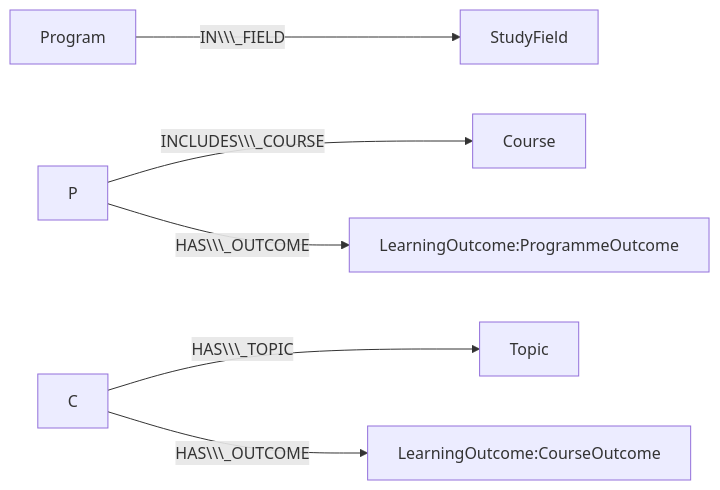
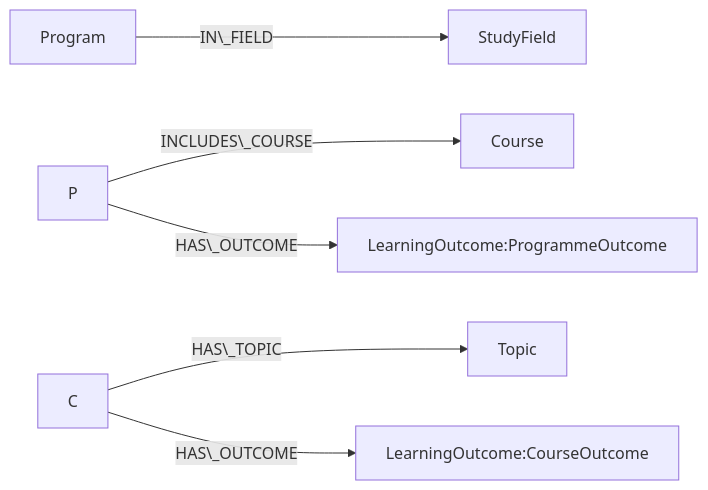
Before and after one commit to xieyuxuan050-dotcom/kms-knowledge-graph: the diagram in README.md, drawn with Mermaid. The commit also changed other lines of this file, not shown here.

````diff
--- a/README.md
+++ b/README.md
@@ -42,8 +42,8 @@
 ```mermaid
 graph LR
-    P\\\[Program] -->|IN\\\_FIELD| F\\\[StudyField]
-    P -->|INCLUDES\\\_COURSE| C\\\[Course]
-    P -->|HAS\\\_OUTCOME| PO\\\[LearningOutcome:ProgrammeOutcome]
-    C -->|HAS\\\_TOPIC| T\\\[Topic]
-    C -->|HAS\\\_OUTCOME| CO\\\[LearningOutcome:CourseOutcome]
+    P\[Program] -->|IN\_FIELD| F\[StudyField]
+    P -->|INCLUDES\_COURSE| C\[Course]
+    P -->|HAS\_OUTCOME| PO\[LearningOutcome:ProgrammeOutcome]
+    C -->|HAS\_TOPIC| T\[Topic]
+    C -->|HAS\_OUTCOME| CO\[LearningOutcome:CourseOutcome]
 ```
````
